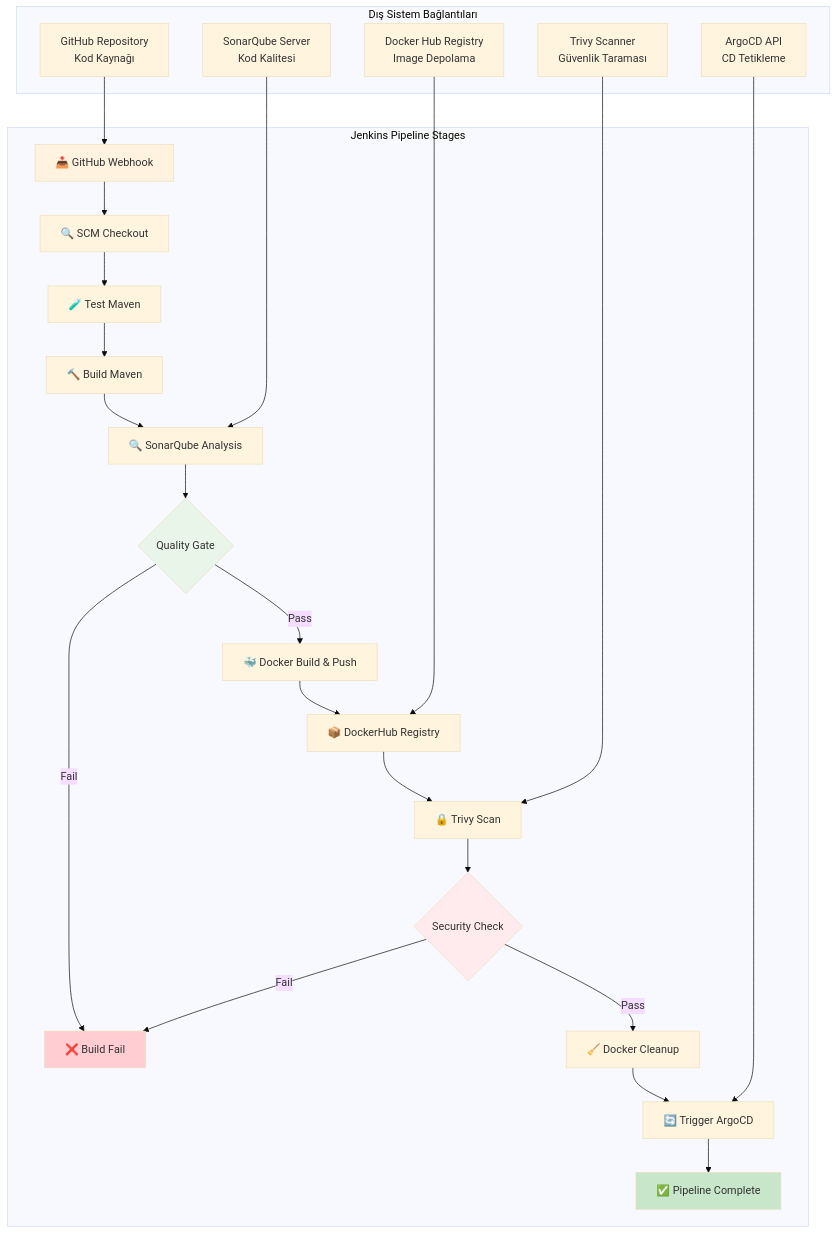
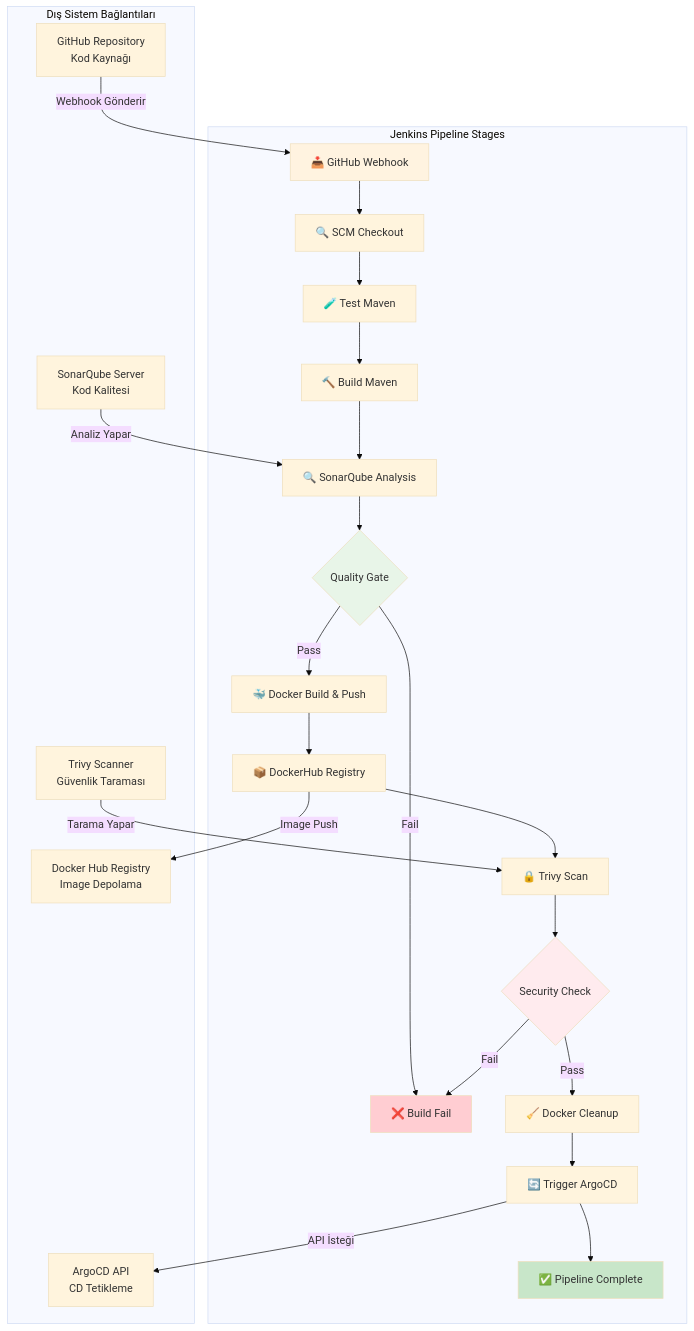
Before and after one commit to onurglr/aws-pipeline: the first of 9 diagrams in detailed-devops-diagrams.md, drawn with Mermaid (base theme). The commit also changed other lines of this file, not shown here.

````diff
--- a/detailed-devops-diagrams.md
+++ b/detailed-devops-diagrams.md
@@ -5,35 +5,35 @@
 ```mermaid
 graph TB
     subgraph "Jenkins Pipeline Stages"
         A[📥 GitHub Webhook] --> B[🔍 SCM Checkout]
         B --> C[🧪 Test Maven]
         C --> D[🔨 Build Maven]
         D --> E[🔍 SonarQube Analysis]
         E --> F{Quality Gate}
         F -->|Pass| G[🐳 Docker Build & Push]
         F -->|Fail| I[❌ Build Fail]
         
         G --> H[📦 DockerHub Registry]
         H --> J[🔒 Trivy Scan]
         J --> K{Security Check}
         K -->|Pass| L[🧹 Docker Cleanup]
         K -->|Fail| I
         
         L --> M[🔄 Trigger ArgoCD]
         M --> N[✅ Pipeline Complete]
     end
     
     subgraph "Dış Sistem Bağlantıları"
-        P[GitHub Repository<br/>Kod Kaynağı] --> A
-        Q[SonarQube Server<br/>Kod Kalitesi] --> E
-        R[Docker Hub Registry<br/>Image Depolama] --> H
-        S[Trivy Scanner<br/>Güvenlik Taraması] --> J
-        T[ArgoCD API<br/>CD Tetikleme] --> M
+        P[GitHub Repository<br/>Kod Kaynağı] -->|Webhook Gönderir| A
+        Q[SonarQube Server<br/>Kod Kalitesi] -->|Analiz Yapar| E
+        H -->|Image Push| R[Docker Hub Registry<br/>Image Depolama]
+        S[Trivy Scanner<br/>Güvenlik Taraması] -->|Tarama Yapar| J
+        M -->|API İsteği| T[ArgoCD API<br/>CD Tetikleme]
     end
     
     style A fill:#fff3e0
     style F fill:#e8f5e8
     style K fill:#ffebee
     style I fill:#ffcdd2
     style N fill:#c8e6c9
 ```
````
